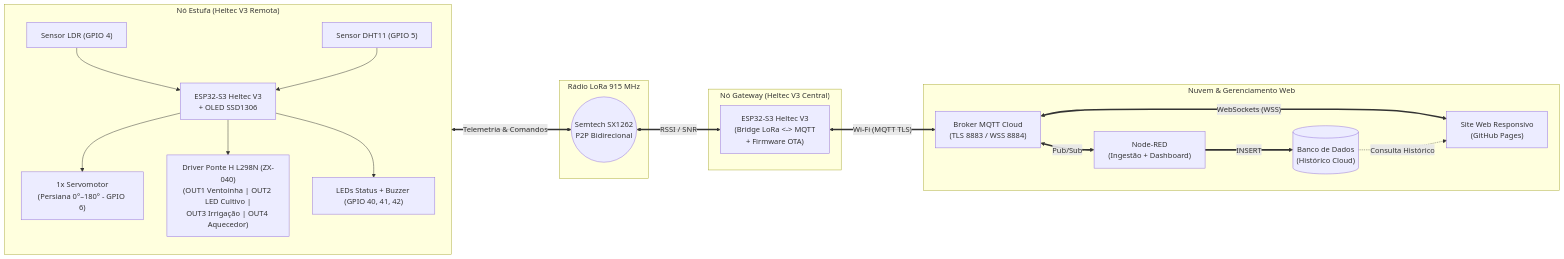
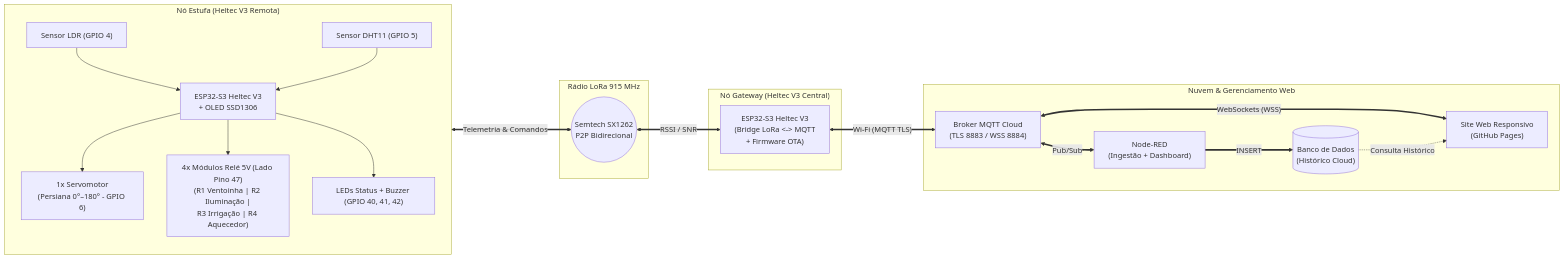
Before and after one commit to biancakimi/projeto-IOT: the diagram in README.md, drawn with Mermaid. The commit also changed other lines of this file and 2 other files, not shown here.

Commit message:
feat(estufa): configura 4 reles ativos em HIGH no lado do pino 47, compatibilidade RadioLib 8 e atualiza README

````diff
--- a/README.md
+++ b/README.md
@@ -48,34 +48,34 @@
 ```mermaid
 flowchart LR
     subgraph Estufa["Nó Estufa (Heltec V3 Remota)"]
         direction TB
         LDR["Sensor LDR (GPIO 4)"] --> ESP_EST["ESP32-S3 Heltec V3\n+ OLED SSD1306"]
         DHT["Sensor DHT11 (GPIO 5)"] --> ESP_EST
         ESP_EST --> SERVO["1x Servomotor\n(Persiana 0°–180° - GPIO 6)"]
-        ESP_EST --> L298N["Driver Ponte H L298N (ZX-040)\n(OUT1 Ventoinha | OUT2 LED Cultivo |\nOUT3 Irrigação | OUT4 Aquecedor)"]
+        ESP_EST --> RELES["4x Módulos Relé 5V (Lado Pino 47)\n(R1 Ventoinha | R2 Iluminação |\nR3 Irrigação | R4 Aquecedor)"]
         ESP_EST --> ALARME["LEDs Status + Buzzer (GPIO 40, 41, 42)"]
     end
 
     subgraph Enlace["Rádio LoRa 915 MHz"]
         RF(("Semtech SX1262\nP2P Bidirecional"))
     end
 
     subgraph Gateway["Nó Gateway (Heltec V3 Central)"]
         ESP_GW["ESP32-S3 Heltec V3\n(Bridge LoRa <-> MQTT\n+ Firmware OTA)"]
     end
 
     subgraph Cloud["Nuvem & Gerenciamento Web"]
         BROKER["Broker MQTT Cloud\n(TLS 8883 / WSS 8884)"]
         NODERED["Node-RED\n(Ingestão + Dashboard)"]
         DB[("Banco de Dados\n(Histórico Cloud)")]
         SITE["Site Web Responsivo\n(GitHub Pages)"]
     end
 
     ESP_EST <==>|"Telemetria & Comandos"| RF
     RF <==>|"RSSI / SNR"| ESP_GW
     ESP_GW <==>|"Wi-Fi (MQTT TLS)"| BROKER
     BROKER <==>|"Pub/Sub"| NODERED
     NODERED ==>|"INSERT"| DB
     BROKER <==>|"WebSockets (WSS)"| SITE
     DB -.->|"Consulta Histórico"| SITE
 ```
````
